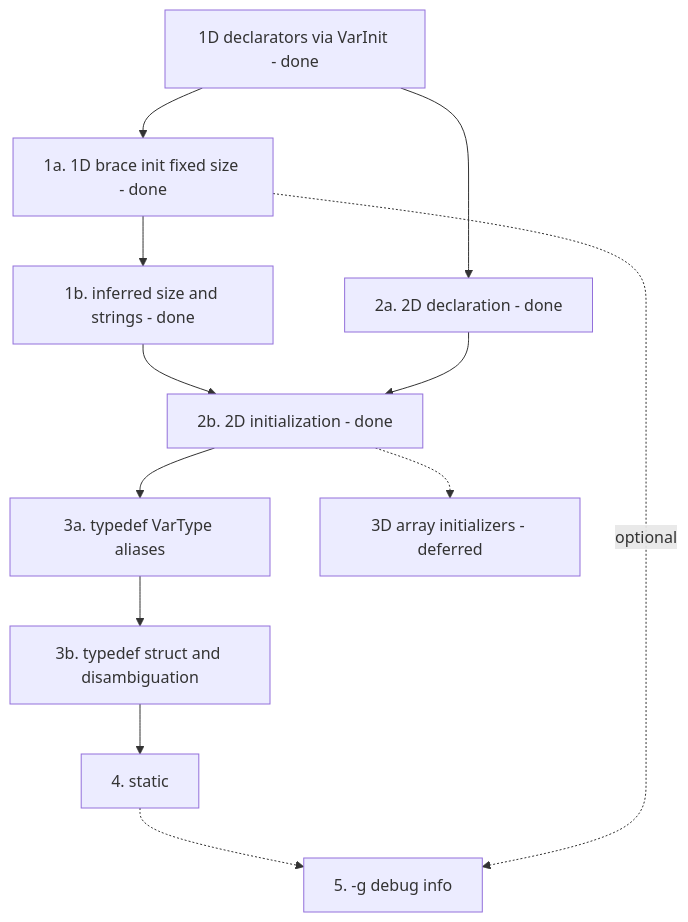
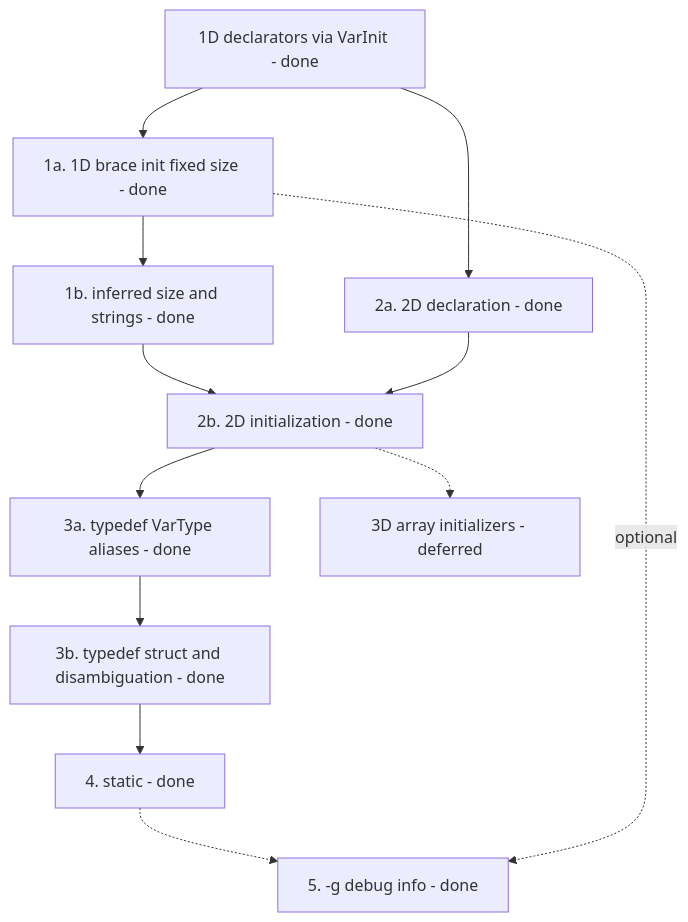
The diagram in docs/FrontendNotes.md (yanghuafang/lcc), drawn with Mermaid before and after one commit. The commit also changed other lines of this file and 17 other files, not shown here.

````diff
--- a/docs/FrontendNotes.md
+++ b/docs/FrontendNotes.md
@@ -52,24 +52,24 @@
 ```mermaid
 flowchart TD
   done[1D declarators via VarInit - done]
   init1a[1a. 1D brace init fixed size - done]
   init1b[1b. inferred size and strings - done]
   md2a[2a. 2D declaration - done]
   md2b[2b. 2D initialization - done]
-  td3a[3a. typedef VarType aliases]
-  td3b[3b. typedef struct and disambiguation]
+  td3a[3a. typedef VarType aliases - done]
+  td3b[3b. typedef struct and disambiguation - done]
   md3[3D array initializers - deferred]
-  stat[4. static]
-  dbg[5. -g debug info]
+  stat[4. static - done]
+  dbg[5. -g debug info - done]
 
   done --> init1a --> init1b
   done --> md2a
   init1b --> md2b
   md2a --> md2b
   md2b --> td3a --> td3b
   td3b --> stat
   md2b -.-> md3
   stat -.-> dbg
 
   init1a -.->|optional| dbg
 ```
````
